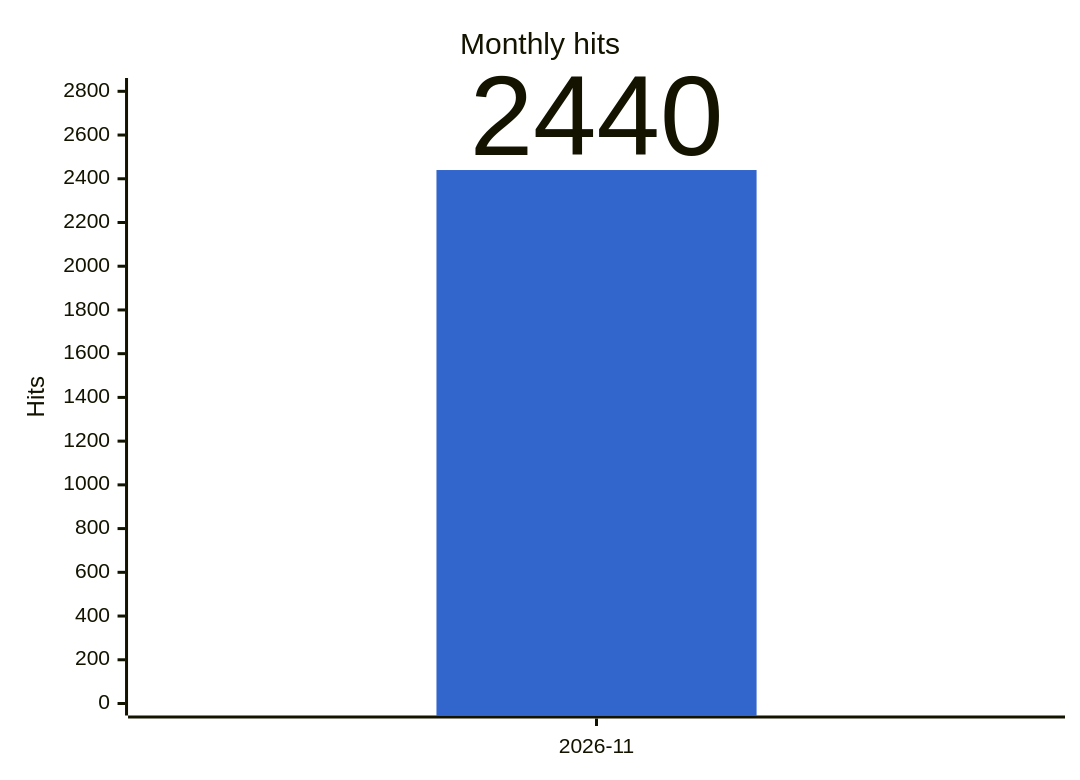
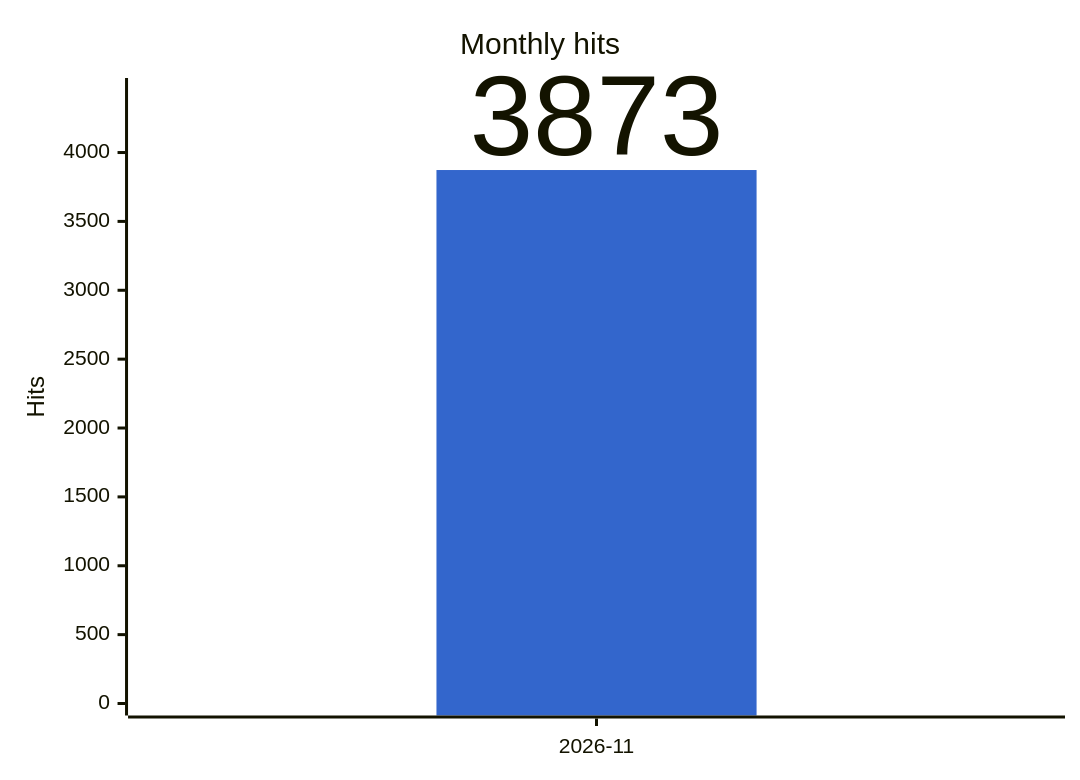
One commit to gmoulard/wikipedia2book changed the second of 2 diagrams in docs/stats.md. Above: the diagram before and after it, drawn with Mermaid. The commit also changed other lines of this file and 1 other file, not shown here.

````diff
--- a/docs/stats.md
+++ b/docs/stats.md
@@ -22,8 +22,8 @@
 ```mermaid
 %%{init: {"xyChart": {"width": 700, "showDataLabel": true, "showDataLabelOutsideBar": true}, "themeVariables": {"xyChart": {"plotColorPalette": "#3366cc"}}}}%%
 xychart-beta
     title "Monthly hits"
     x-axis ["2026-11"]
-    y-axis "Hits" 0 --> 2806
-    bar [2440]
+    y-axis "Hits" 0 --> 4454
+    bar [3873]
 ```
````
